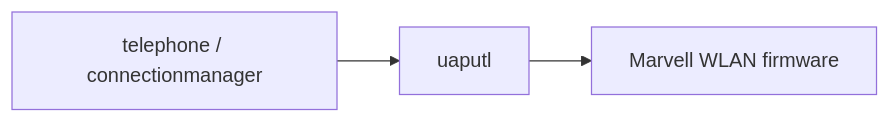
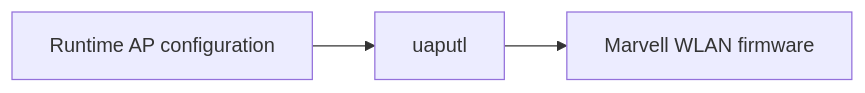
Diagram 15 of 22 in docs/wifi.md (joeyQuery/MHI2-Wireless-CarPlay), drawn with Mermaid before and after one commit. The commit also changed other lines of this file, not shown here.

````diff
--- a/docs/wifi.md
+++ b/docs/wifi.md
@@ -304,9 +494,9 @@
 ```mermaid
 flowchart LR
-    TELEPHONE["telephone / connectionmanager"]
+    CONFIG["Runtime AP configuration"]
     UAPUTL["uaputl"]
     FW["Marvell WLAN firmware"]
 
-    TELEPHONE --> UAPUTL
+    CONFIG --> UAPUTL
     UAPUTL --> FW
 ```
````
